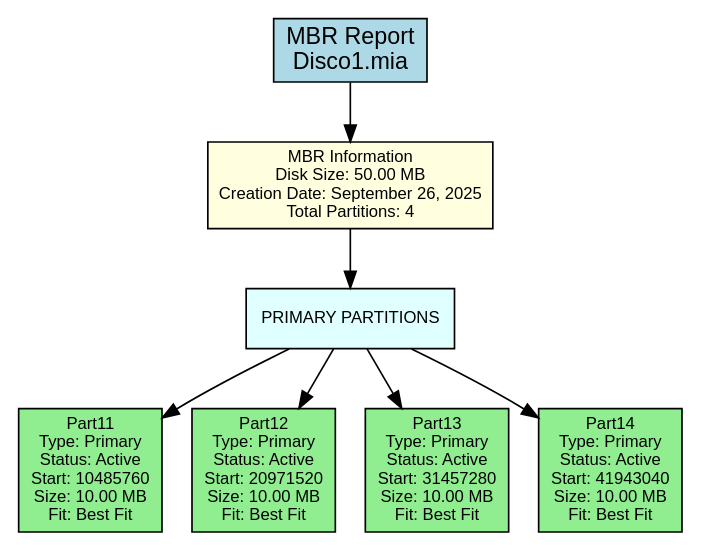
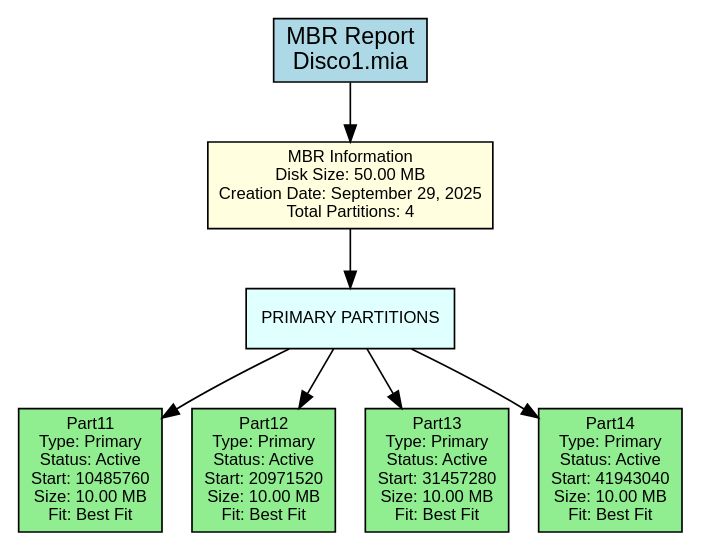
Before and after one commit to DiegVas/MIA_2S2025_P2_202300638: the diagram in backend/provider/reports/src/mbr_381A.dot, drawn with Graphviz. The commit also changed 16 other files, not shown here.

```diff
--- a/backend/provider/reports/src/mbr_381A.dot
+++ b/backend/provider/reports/src/mbr_381A.dot
@@ -1,24 +1,24 @@
 digraph MBR_Report {
     rankdir=TB;
     node [shape=box, style=filled];
     graph [fontname="Arial", fontsize=12];
     node [fontname="Arial", fontsize=10];
     edge [fontname="Arial"];
 
     title [label="MBR Report\nDisco1.mia", fillcolor=lightblue, fontsize=14];
 
-    mbr_info [label="MBR Information\nDisk Size: 50.00 MB\nCreation Date: September 26, 2025\nTotal Partitions: 4", fillcolor=lightyellow];
+    mbr_info [label="MBR Information\nDisk Size: 50.00 MB\nCreation Date: September 29, 2025\nTotal Partitions: 4", fillcolor=lightyellow];
 
     primary_section [label="PRIMARY PARTITIONS", shape=box, style=filled, fillcolor=lightcyan];
     primary_0 [label="Part11\nType: Primary\nStatus: Active\nStart: 10485760\nSize: 10.00 MB\nFit: Best Fit", fillcolor=lightgreen];
     primary_section -> primary_0;
     primary_1 [label="Part12\nType: Primary\nStatus: Active\nStart: 20971520\nSize: 10.00 MB\nFit: Best Fit", fillcolor=lightgreen];
     primary_section -> primary_1;
     primary_2 [label="Part13\nType: Primary\nStatus: Active\nStart: 31457280\nSize: 10.00 MB\nFit: Best Fit", fillcolor=lightgreen];
     primary_section -> primary_2;
     primary_3 [label="Part14\nType: Primary\nStatus: Active\nStart: 41943040\nSize: 10.00 MB\nFit: Best Fit", fillcolor=lightgreen];
     primary_section -> primary_3;
 
     title -> mbr_info;
     mbr_info -> primary_section;
 }
```
